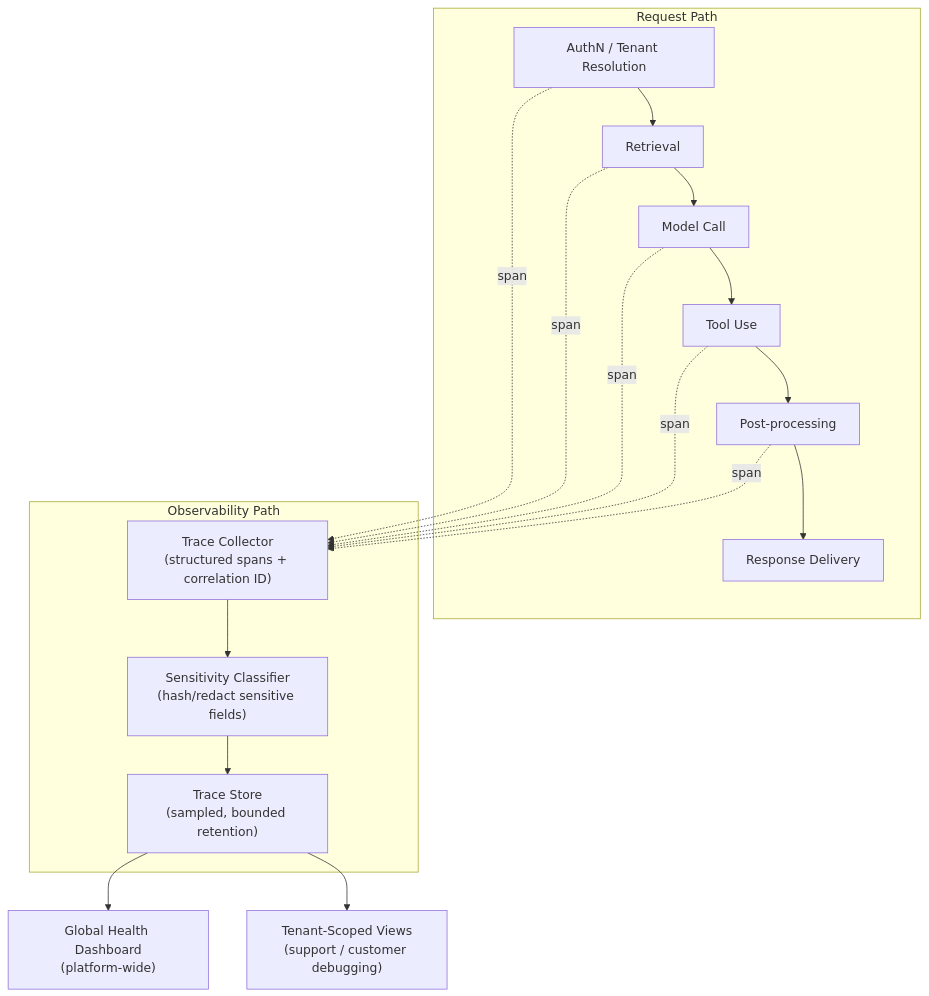
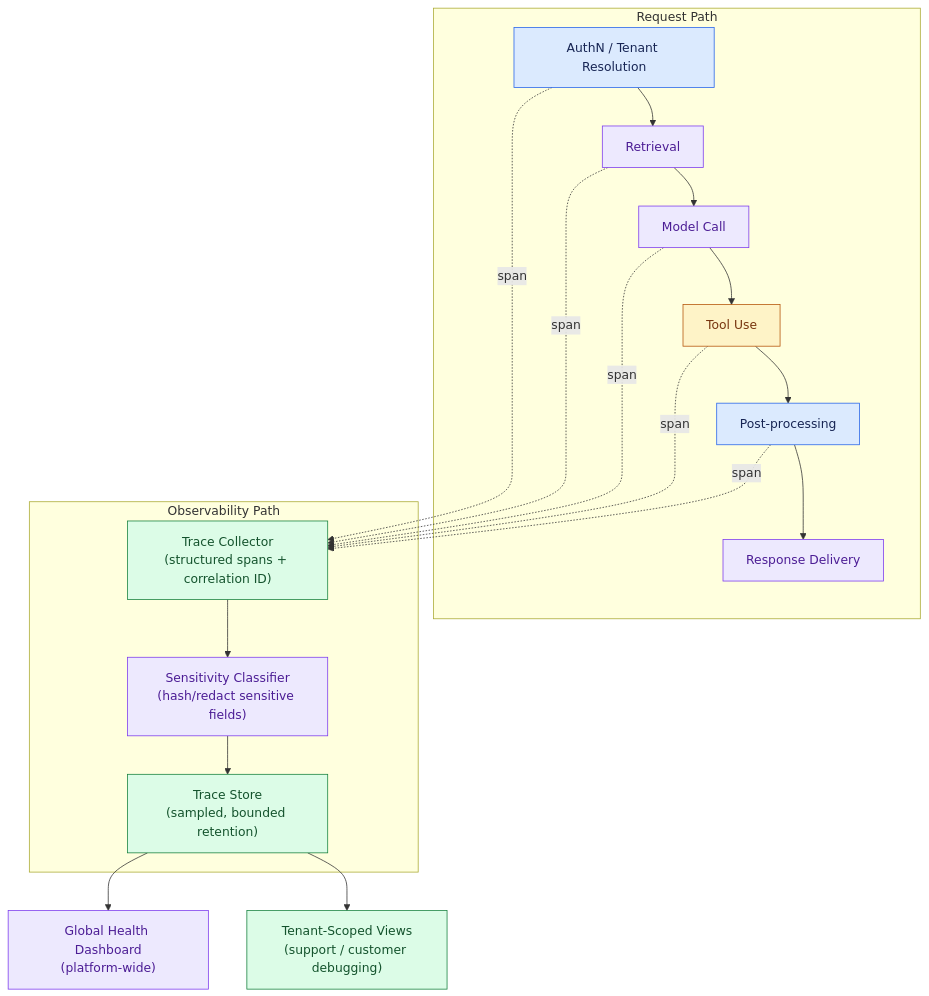
The fourth of 4 diagrams in 02_System_Design_Case_Studies/Scenario_Packs_G01_G20/G14_Observability_And_Production_Diagnosis/4_Full_Design/G14_Full_Design.md (Sourav692/Forward-Deployed-Engineer-Interview-Prep), drawn with Mermaid before and after one commit. The commit also changed other lines of this file and 1268 other files, not shown here.

First line of the commit message:
content: polish Casebook writing and Mermaid diagrams (#251)

````diff
--- a/02_System_Design_Case_Studies/Scenario_Packs_G01_G20/G14_Observability_And_Production_Diagnosis/4_Full_Design/G14_Full_Design.md
+++ b/02_System_Design_Case_Studies/Scenario_Packs_G01_G20/G14_Observability_And_Production_Diagnosis/4_Full_Design/G14_Full_Design.md
@@ -160,23 +211,33 @@
 ```mermaid
 flowchart TB
   subgraph REQ["Request Path"]
     AUTH["AuthN / Tenant Resolution"] --> RETRIEVE["Retrieval"]
     RETRIEVE --> MODEL["Model Call"]
     MODEL --> TOOL["Tool Use"]
     TOOL --> POST["Post-processing"]
     POST --> RESP["Response Delivery"]
   end
   subgraph TRACE["Observability Path"]
     COLLECT["Trace Collector<br/>(structured spans + correlation ID)"]
     CLASSIFY["Sensitivity Classifier<br/>(hash/redact sensitive fields)"]
     STORE["Trace Store<br/>(sampled, bounded retention)"]
   end
   AUTH -. span .-> COLLECT
   RETRIEVE -. span .-> COLLECT
   MODEL -. span .-> COLLECT
   TOOL -. span .-> COLLECT
   POST -. span .-> COLLECT
   COLLECT --> CLASSIFY --> STORE
   STORE --> GLOBAL["Global Health Dashboard<br/>(platform-wide)"]
   STORE --> TENANTVIEW["Tenant-Scoped Views<br/>(support / customer debugging)"]
+
+    %% Casebook colours: entry, reasoning, results, controls, and stopped paths.
+    classDef cbInput fill:#dbeafe,stroke:#2563eb,color:#172554
+    class AUTH,POST cbInput
+    classDef cbReason fill:#ede9fe,stroke:#7c3aed,color:#4c1d95
+    class RETRIEVE,MODEL,RESP,CLASSIFY,GLOBAL cbReason
+    classDef cbPolicy fill:#fef3c7,stroke:#b45309,color:#78350f
+    class TOOL cbPolicy
+    classDef cbAction fill:#dcfce7,stroke:#15803d,color:#14532d
+    class COLLECT,STORE,TENANTVIEW cbAction
 ```
````
